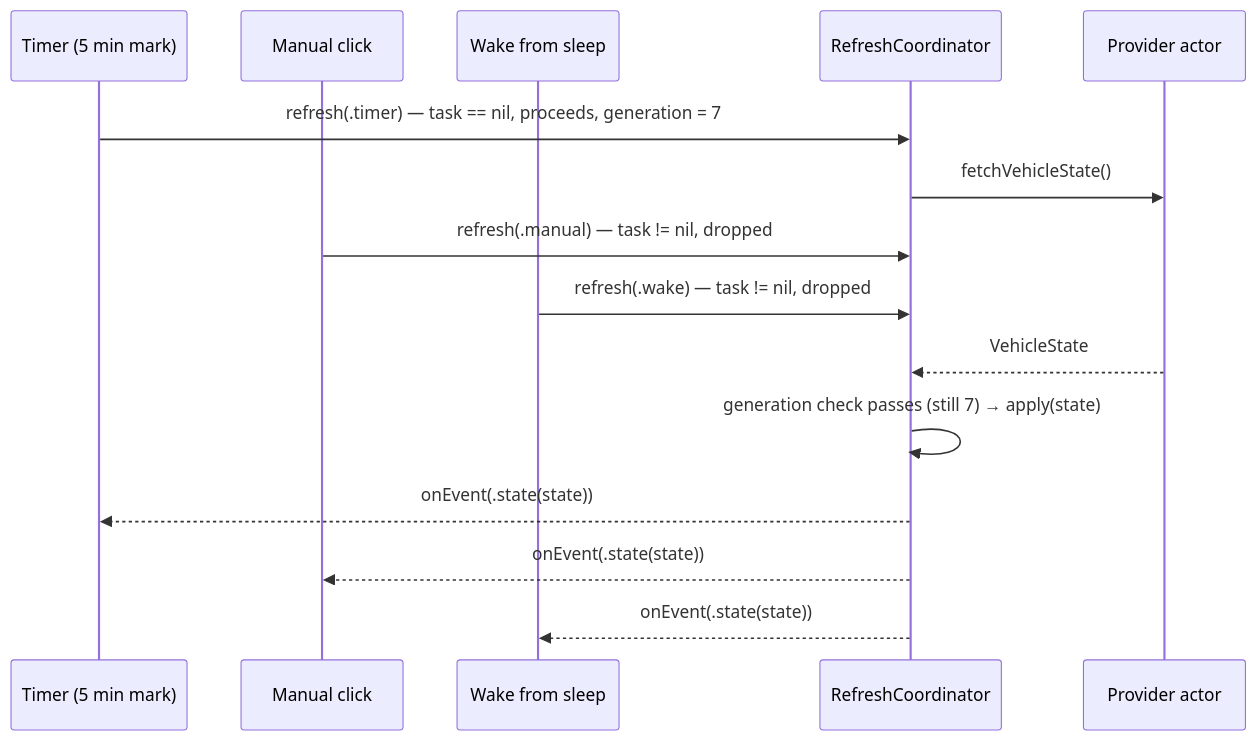
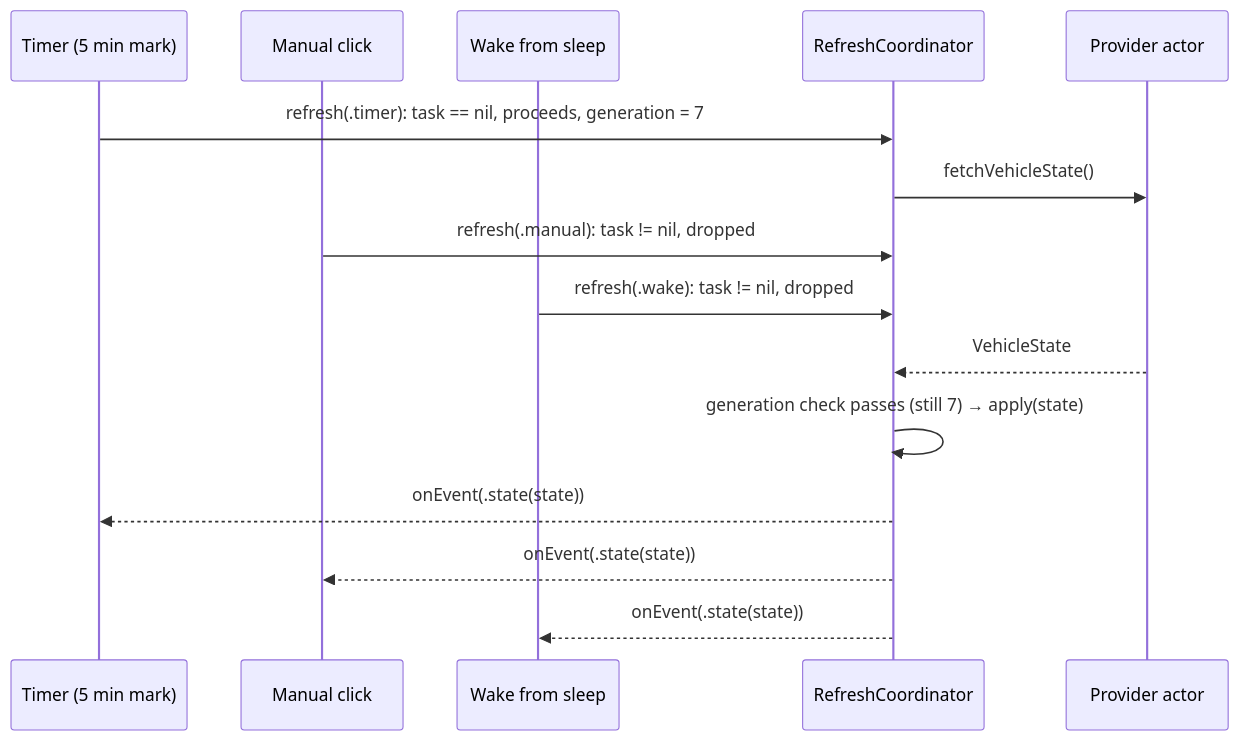
The diagram in docs/architecture/refresh-system.md (NicolasKheirallah/Hisingen), drawn with Mermaid before and after one commit. The commit also changed other lines of this file and 260 other files, not shown here.

````diff
--- a/docs/architecture/refresh-system.md
+++ b/docs/architecture/refresh-system.md
@@ -33,18 +33,18 @@
 ```mermaid
 sequenceDiagram
     participant T as Timer (5 min mark)
     participant M as Manual click
     participant W as Wake from sleep
     participant RC as RefreshCoordinator
     participant API as Provider actor
 
-    T->>RC: refresh(.timer) — task == nil, proceeds, generation = 7
+    T->>RC: refresh(.timer): task == nil, proceeds, generation = 7
     RC->>API: fetchVehicleState()
-    M->>RC: refresh(.manual) — task != nil, dropped
-    W->>RC: refresh(.wake) — task != nil, dropped
+    M->>RC: refresh(.manual): task != nil, dropped
+    W->>RC: refresh(.wake): task != nil, dropped
     API-->>RC: VehicleState
     RC->>RC: generation check passes (still 7) → apply(state)
     RC-->>T: onEvent(.state(state))
     RC-->>M: onEvent(.state(state))
     RC-->>W: onEvent(.state(state))
 ```
````
